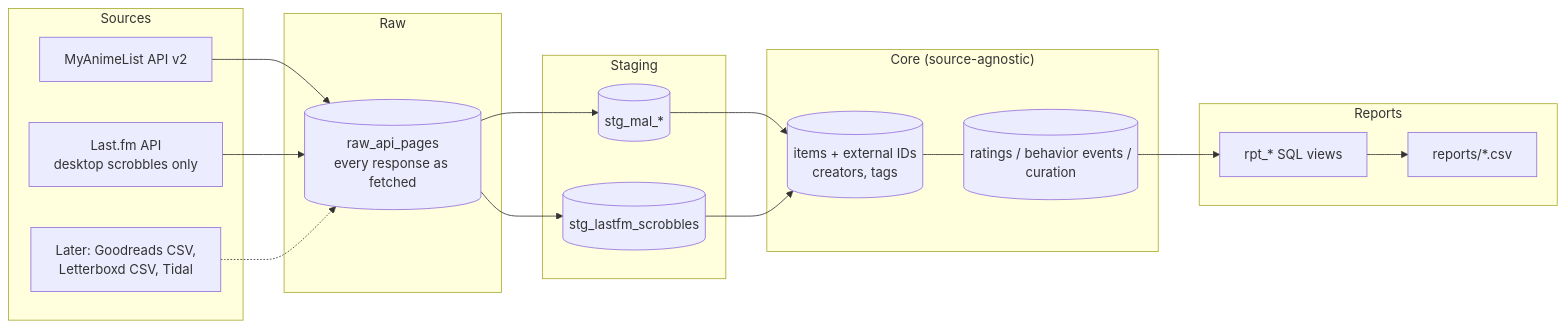
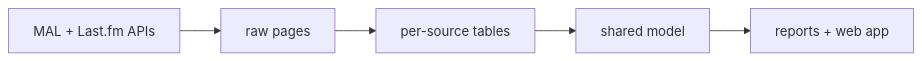
The diagram in README.md (tootsalot/Taste-Engine), drawn with Mermaid before and after one commit. The commit also changed other lines of this file and 11 other files, not shown here.

````diff
--- a/README.md
+++ b/README.md
@@ -11,35 +5,4 @@
 ```mermaid
 flowchart LR
-    subgraph Sources
-        MAL[MyAnimeList API v2]
-        LFM[Last.fm API<br/>desktop scrobbles only]
-        LATER[Later: Goodreads CSV,<br/>Letterboxd CSV, Tidal]
-    end
-
-    subgraph Raw
-        RAW[(raw_api_pages<br/>every response as fetched)]
-    end
-
-    subgraph Staging
-        STGM[(stg_mal_*)]
-        STGL[(stg_lastfm_scrobbles)]
-    end
-
-    subgraph Core["Core (source-agnostic)"]
-        ITEMS[(items + external IDs<br/>creators, tags)]
-        SIGNALS[(ratings / behavior events /<br/>curation)]
-    end
-
-    subgraph Reports
-        VIEWS[rpt_* SQL views]
-        CSV[reports/*.csv]
-    end
-
-    MAL --> RAW
-    LFM --> RAW
-    LATER -.-> RAW
-    RAW --> STGM --> ITEMS
-    RAW --> STGL --> ITEMS
-    ITEMS --- SIGNALS
-    SIGNALS --> VIEWS --> CSV
+    APIs[MAL + Last.fm APIs] --> Raw[raw pages] --> Staging[per-source tables] --> Core[shared model] --> Reports[reports + web app]
 ```
````
